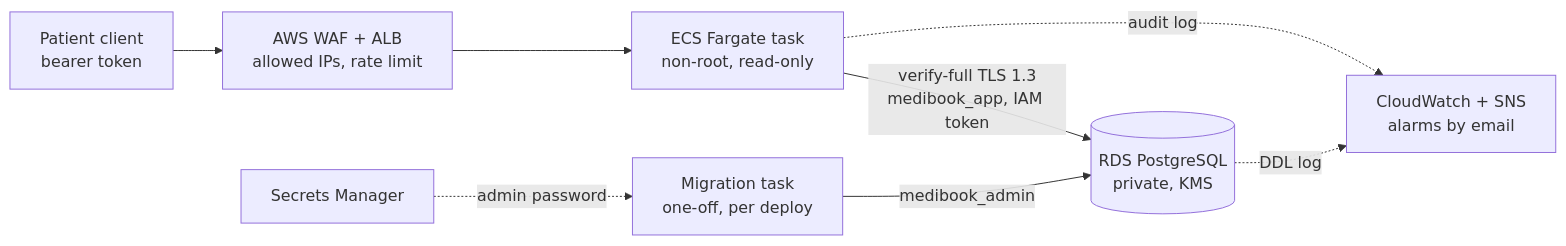
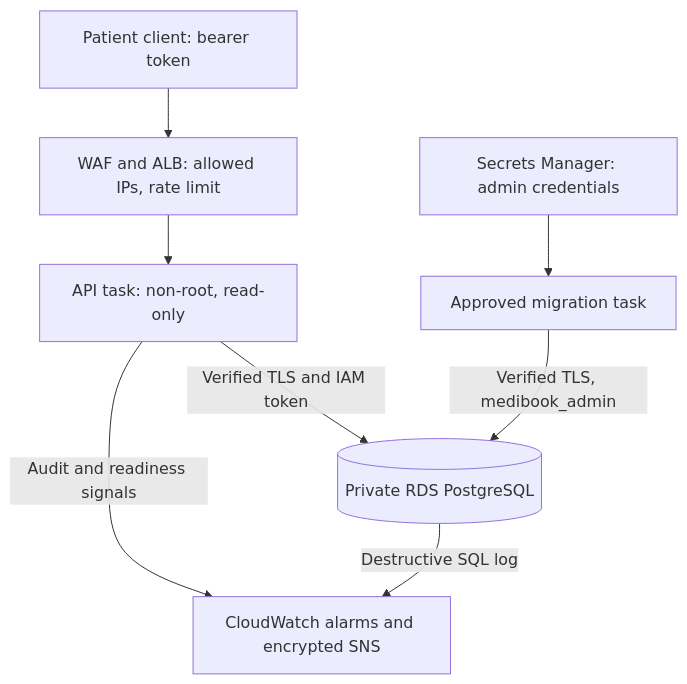
One commit to abdurahim50/medibook changed the second of 2 diagrams in docs/architecture.md. Above: the diagram before and after it, drawn with Mermaid. The commit also changed other lines of this file and 23 other files, not shown here.

````diff
--- a/docs/architecture.md
+++ b/docs/architecture.md
@@ -25,10 +33,10 @@
 ```mermaid
-flowchart LR
-  C["Patient client<br/>bearer token"] --> W["AWS WAF + ALB<br/>allowed IPs, rate limit"]
-  W --> T["ECS Fargate task<br/>non-root, read-only"]
-  T -- "verify-full TLS 1.3<br/>medibook_app, IAM token" --> D[("RDS PostgreSQL<br/>private, KMS")]
-  M["Migration task<br/>one-off, per deploy"] -- "medibook_admin" --> D
-  S["Secrets Manager"] -. "admin password" .-> M
-  T -. "audit log" .-> L["CloudWatch + SNS<br/>alarms by email"]
-  D -. "DDL log" .-> L
+flowchart TD
+  C["Patient client: bearer token"] --> W["WAF and ALB: allowed IPs, rate limit"]
+  W --> T["API task: non-root, read-only"]
+  T -->|"Verified TLS and IAM token"| D[("Private RDS PostgreSQL")]
+  S["Secrets Manager: admin credentials"] --> M["Approved migration task"]
+  M -->|"Verified TLS, medibook_admin"| D
+  T -->|"Audit and readiness signals"| L["CloudWatch alarms and encrypted SNS"]
+  D -->|"Destructive SQL log"| L
 ```
````
